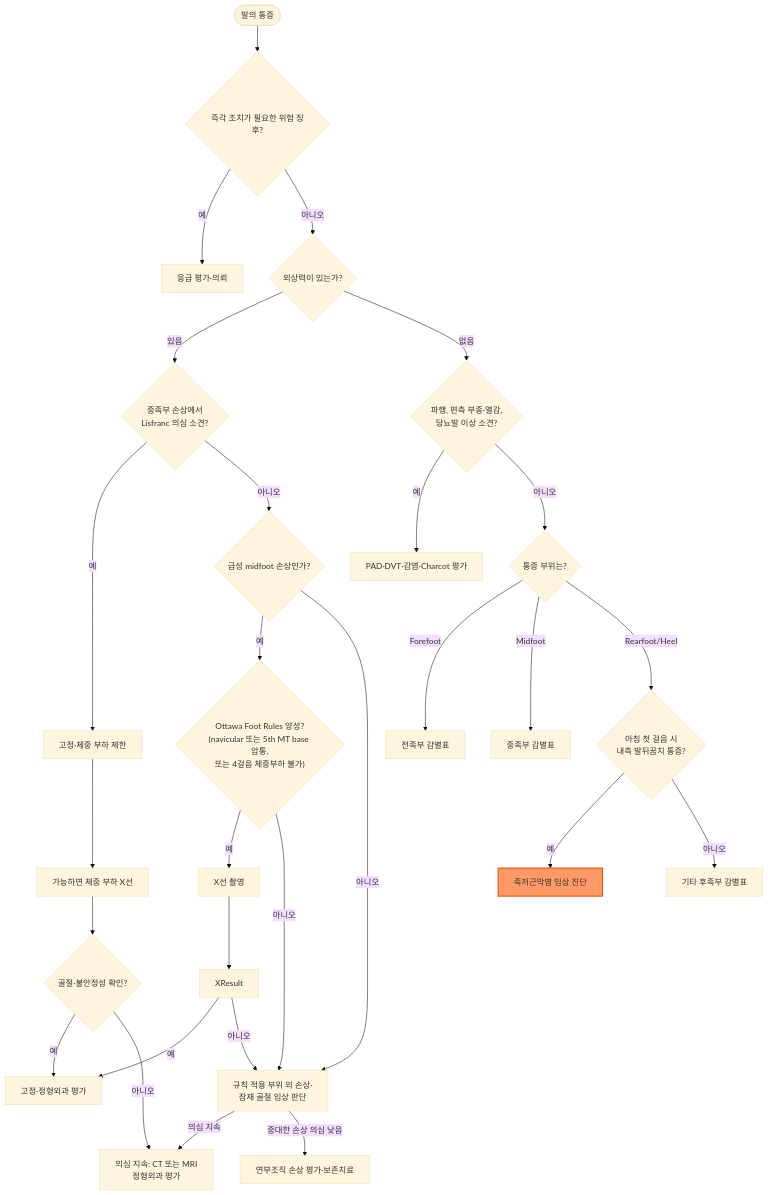
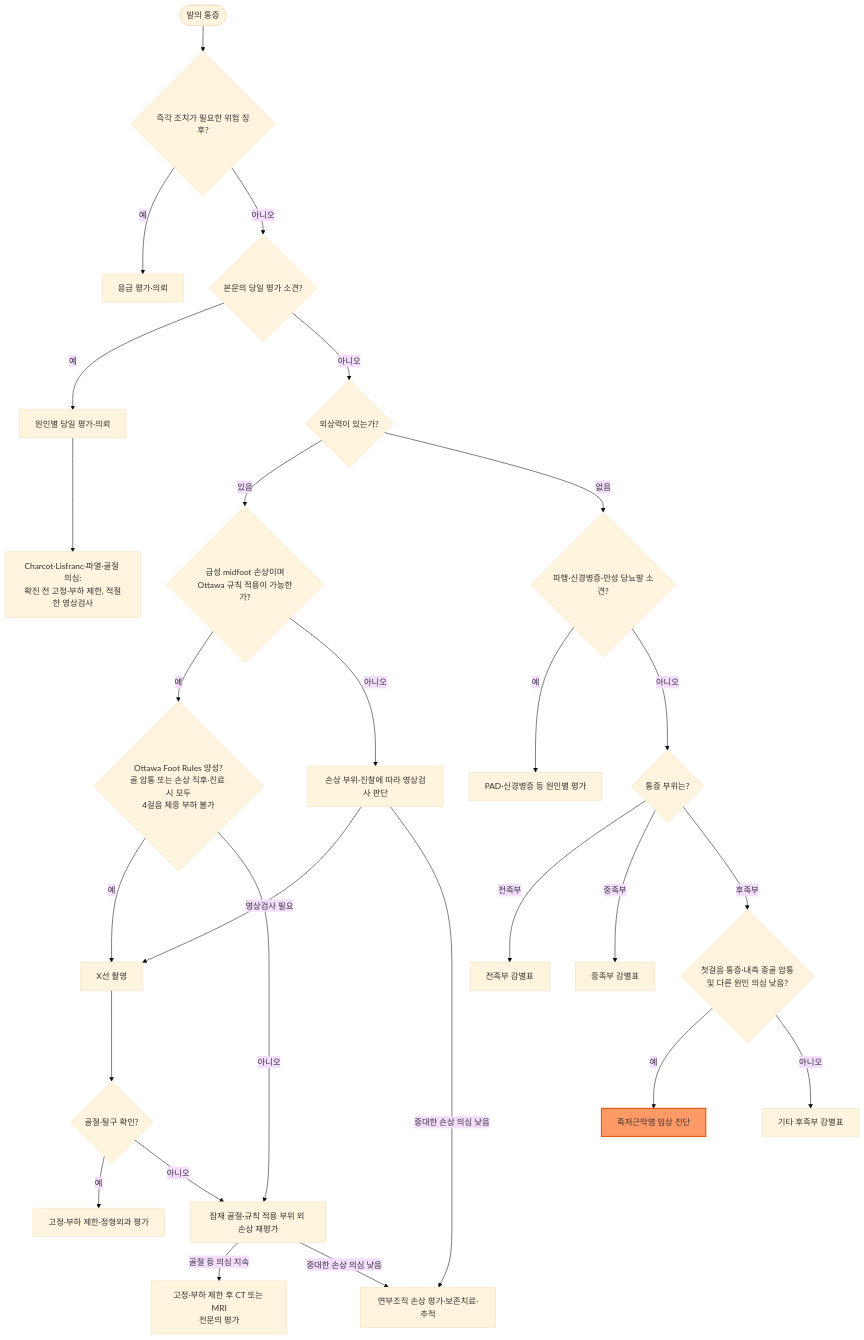
The diagram in 228_/146_-foot-pain.md (familyoh77/familyoh77), drawn with Mermaid (base theme) before and after one commit. The commit also changed other lines of this file and 5 other files, not shown here.

````diff
--- a/228_/146_-foot-pain.md
+++ b/228_/146_-foot-pain.md
@@ -189,31 +211,30 @@
 ```mermaid
 graph TD
-    Start([발의 통증]) --> Red{즉각 조치가 필요한 위험 징후?}
-    Red -- 예 --> Urgent[응급 평가·의뢰]
-    Red -- 아니오 --> Trauma{외상력이 있는가?}
-    Trauma -- 있음 --> Lisfranc{중족부 손상에서<br>Lisfranc 의심 소견?}
-    Lisfranc -- 예 --> LCare[고정·체중 부하 제한]
-    LCare --> LX[가능하면 체중 부하 X선]
-    LX --> LFurther{골절·불안정성 확인?}
-    LFurther -- 예 --> OrthoRef[고정·정형외과 평가]
-    LFurther -- 아니오 --> LMRI[의심 지속: CT 또는 MRI<br>정형외과 평가]
-    Lisfranc -- 아니오 --> TraumaEval{급성 midfoot 손상인가?}
-    TraumaEval -- 예 --> Ottawa{"Ottawa Foot Rules 양성?<br>(navicular 또는 5th MT base 압통,<br>또는 4걸음 체중부하 불가)"}
-    Ottawa -- 예 --> XR[X선 촬영]
-    Ottawa -- 아니오 --> Recheck[규칙 적용 부위 외 손상·<br>잠재 골절 임상 판단]
-    TraumaEval -- 아니오 --> Recheck
-    XR --> XResult
-    XResult -- 예 --> OrthoRef[고정·정형외과 평가]
+    Start(["발의 통증"]) --> Red{"즉각 조치가 필요한 위험 징후?"}
+    Red -- 예 --> Urgent["응급 평가·의뢰"]
+    Red -- 아니오 --> Day{"본문의 당일 평가 소견?"}
+    Day -- 예 --> DayCare["원인별 당일 평가·의뢰"]
+    DayCare --> Protect["Charcot·Lisfranc·파열·골절 의심:<br>확진 전 고정·부하 제한, 적절한 영상검사"]
+    Day -- 아니오 --> Trauma{"외상력이 있는가?"}
+    Trauma -- 있음 --> TraumaEval{"급성 midfoot 손상이며<br>Ottawa 규칙 적용이 가능한가?"}
+    TraumaEval -- 예 --> Ottawa{"Ottawa Foot Rules 양성?<br>골 압통 또는 손상 직후·진료 시 모두<br>4걸음 체중 부하 불가"}
+    Ottawa -- 예 --> XR["X선 촬영"]
+    Ottawa -- 아니오 --> Recheck["잠재 골절·규칙 적용 부위 외 손상 재평가"]
+    TraumaEval -- 아니오 --> Clinical["손상 부위·진찰에 따라 영상검사 판단"]
+    Clinical -- 영상검사 필요 --> XR
+    Clinical -- 중대한 손상 의심 낮음 --> SoftTissue["연부조직 손상 평가·보존치료·추적"]
+    XR --> XResult{"골절·탈구 확인?"}
+    XResult -- 예 --> OrthoRef["고정·부하 제한·정형외과 평가"]
     XResult -- 아니오 --> Recheck
-    Recheck -- 의심 지속 --> LMRI
-    Recheck -- 중대한 손상 의심 낮음 --> SoftTissue[연부조직 손상 평가·보존치료]
-    Trauma -- 없음 --> Vascular{파행, 편측 부종·열감,<br>당뇨발 이상 소견?}
-    Vascular -- 예 --> VascularEval[PAD·DVT·감염·Charcot 평가]
-    Vascular -- 아니오 --> Location{통증 부위는?}
-    Location -- Forefoot --> ForefootDx[전족부 감별표]
-    Location -- Midfoot --> MidfootDx[중족부 감별표]
-    Location -- Rearfoot/Heel --> RearfootQ{아침 첫 걸음 시<br>내측 발뒤꿈치 통증?}
-    RearfootQ -- 예 --> PFDx[족저근막염 임상 진단]
-    RearfootQ -- 아니오 --> OtherRear[기타 후족부 감별표]
+    Recheck -- 골절 등 의심 지속 --> Advanced["고정·부하 제한 후 CT 또는 MRI<br>전문의 평가"]
+    Recheck -- 중대한 손상 의심 낮음 --> SoftTissue
+    Trauma -- 없음 --> Vascular{"파행·신경병증·만성 당뇨발 소견?"}
+    Vascular -- 예 --> VascularEval["PAD·신경병증 등 원인별 평가"]
+    Vascular -- 아니오 --> Location{"통증 부위는?"}
+    Location -- 전족부 --> ForefootDx["전족부 감별표"]
+    Location -- 중족부 --> MidfootDx["중족부 감별표"]
+    Location -- 후족부 --> RearfootQ{"첫걸음 통증·내측 종골 압통<br>및 다른 원인 의심 낮음?"}
+    RearfootQ -- 예 --> PFDx["족저근막염 임상 진단"]
+    RearfootQ -- 아니오 --> OtherRear["기타 후족부 감별표"]
     style PFDx fill:#f96,stroke:#e65100,stroke-width:2px
 ```
````
